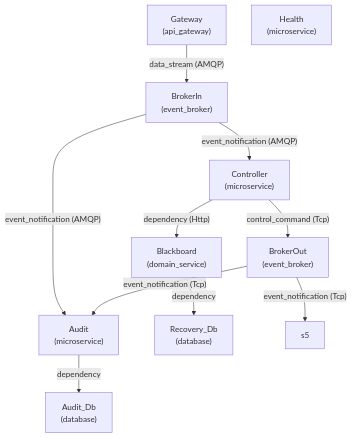
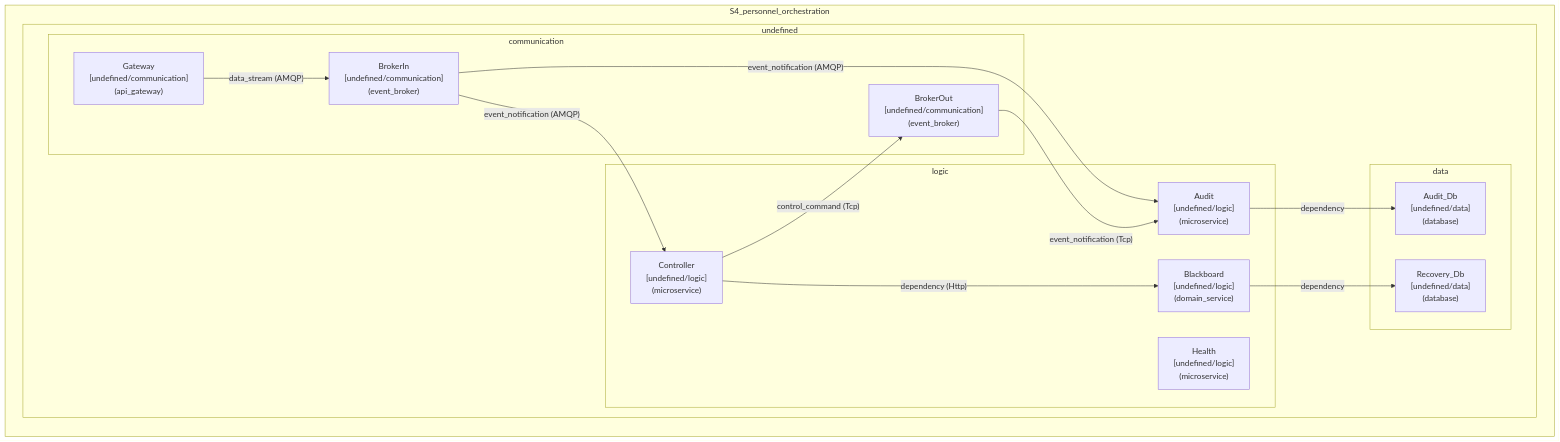
One commit to Sreyeso/NERCMS-LSSA changed the fifth of 7 diagrams in diagrams.md. Above: the diagram before and after it, drawn with Mermaid. The commit also changed other lines of this file and 13 other files, not shown here.

````diff
--- a/diagrams.md
+++ b/diagrams.md
@@ -107,22 +144,31 @@
 ```mermaid
-graph TD
-    Gateway["Gateway<br/>(api_gateway)"]
-    BrokerIn["BrokerIn<br/>(event_broker)"]
-    Controller["Controller<br/>(microservice)"]
-    Blackboard["Blackboard<br/>(domain_service)"]
-    Audit["Audit<br/>(microservice)"]
-    Health["Health<br/>(microservice)"]
-    BrokerOut["BrokerOut<br/>(event_broker)"]
-    Audit_Db["Audit_Db<br/>(database)"]
-    Recovery_Db["Recovery_Db<br/>(database)"]
+graph LR
+    subgraph S4_personnel_orchestration
+        subgraph S4_personnel_orchestration_undefined[undefined]
+            subgraph S4_personnel_orchestration_undefined_communication[communication]
+                Gateway["Gateway<br/>[undefined/communication]<br/>(api_gateway)"]
+                BrokerIn["BrokerIn<br/>[undefined/communication]<br/>(event_broker)"]
+                BrokerOut["BrokerOut<br/>[undefined/communication]<br/>(event_broker)"]
+            end
+            subgraph S4_personnel_orchestration_undefined_logic[logic]
+                Controller["Controller<br/>[undefined/logic]<br/>(microservice)"]
+                Blackboard["Blackboard<br/>[undefined/logic]<br/>(domain_service)"]
+                Audit["Audit<br/>[undefined/logic]<br/>(microservice)"]
+                Health["Health<br/>[undefined/logic]<br/>(microservice)"]
+            end
+            subgraph S4_personnel_orchestration_undefined_data[data]
+                Audit_Db["Audit_Db<br/>[undefined/data]<br/>(database)"]
+                Recovery_Db["Recovery_Db<br/>[undefined/data]<br/>(database)"]
+            end
+        end
 
     Gateway -- "data_stream (AMQP)" --> BrokerIn
     BrokerIn -- "event_notification (AMQP)" --> Controller
     BrokerIn -- "event_notification (AMQP)" --> Audit
     Controller -- "dependency (Http)" --> Blackboard
     Controller -- "control_command (Tcp)" --> BrokerOut
     Blackboard -- "dependency" --> Recovery_Db
     Audit -- "dependency" --> Audit_Db
     BrokerOut -- "event_notification (Tcp)" --> Audit
-    BrokerOut -- "event_notification (Tcp)" --> s5
+    end
 ```
````
